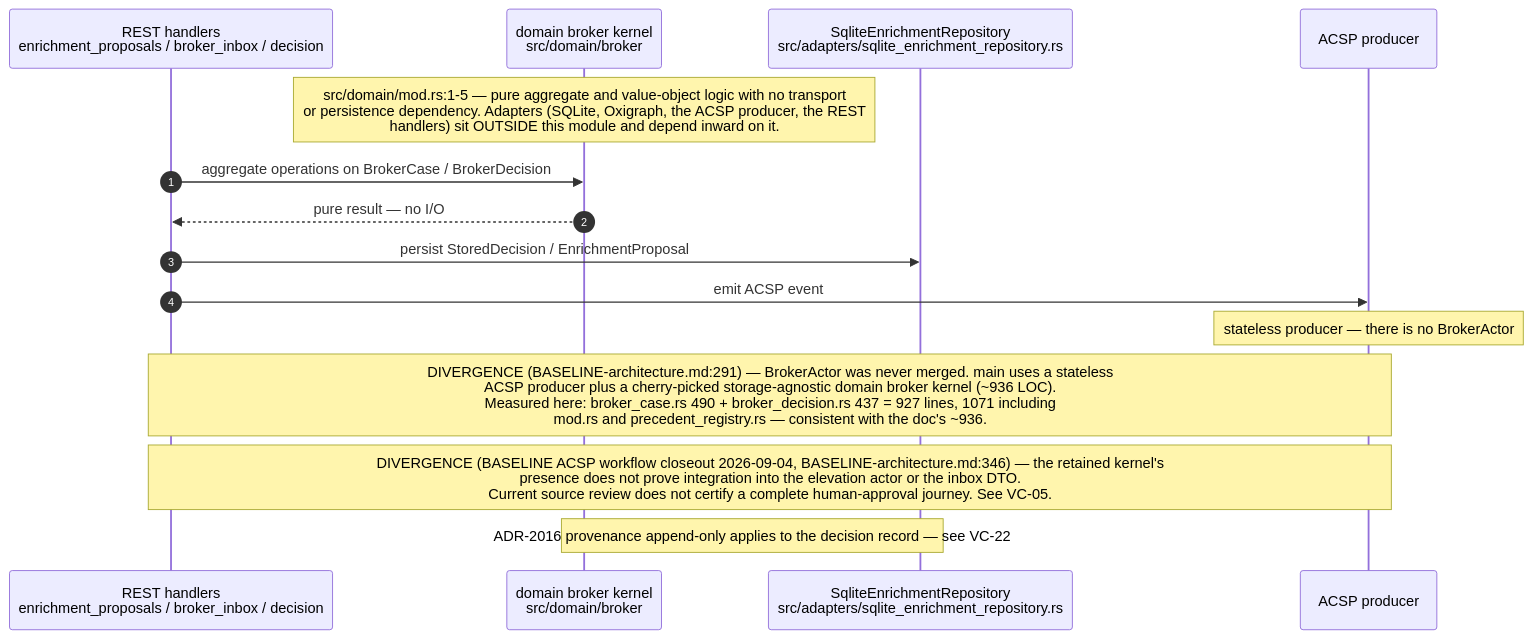
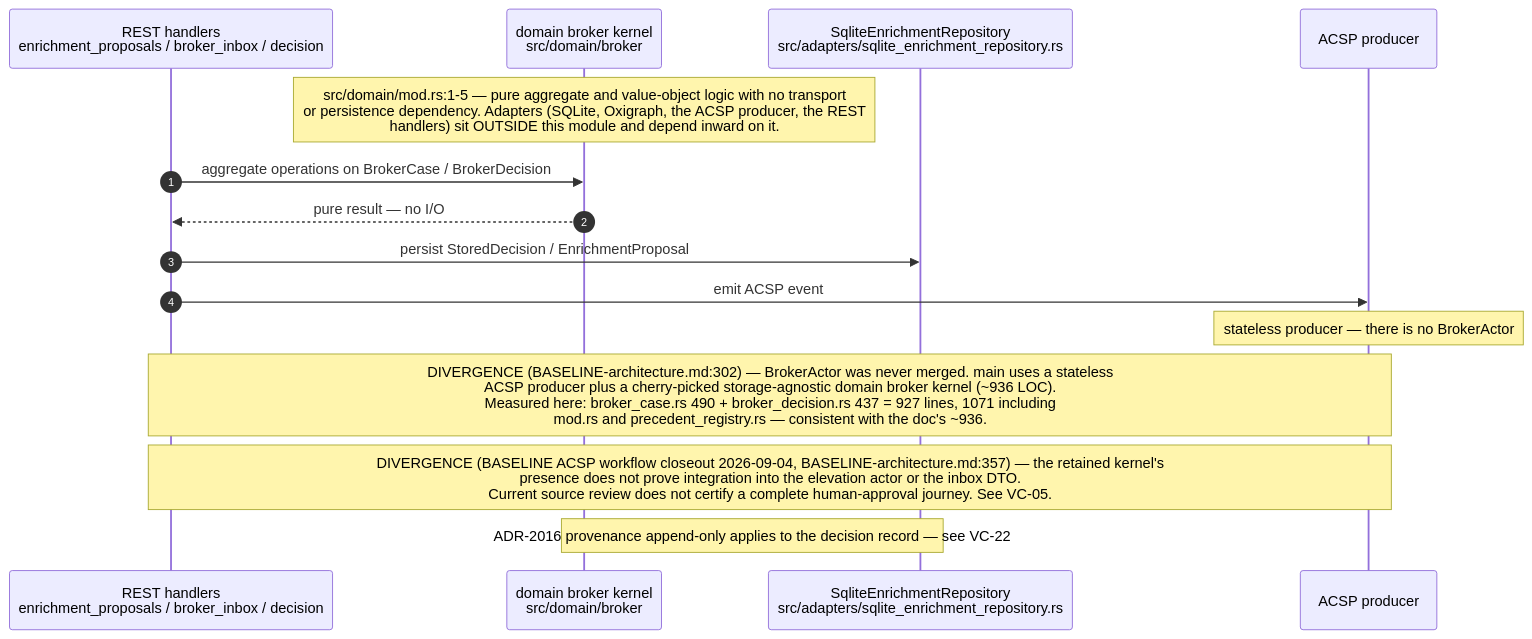
Before and after one commit to DreamLab-AI/VisionFlow: the seventh of 9 diagrams in docs/diagrams/visionclaw/07-hexagonal-ports-and-crates.md, drawn with Mermaid. The commit also changed other lines of this file and 145 other files, not shown here.

````diff
--- a/docs/diagrams/visionclaw/07-hexagonal-ports-and-crates.md
+++ b/docs/diagrams/visionclaw/07-hexagonal-ports-and-crates.md
@@ -318,18 +318,18 @@
 ```mermaid
 sequenceDiagram
     autonumber
     participant H as REST handlers<br/>enrichment_proposals / broker_inbox / decision
     participant K as domain broker kernel<br/>src/domain/broker
     participant AD as SqliteEnrichmentRepository<br/>src/adapters/sqlite_enrichment_repository.rs
     participant AC as ACSP producer
 
     Note over K: src/domain/mod.rs:1-5 — pure aggregate and value-object logic with no transport<br/>or persistence dependency. Adapters (SQLite, Oxigraph, the ACSP producer, the REST<br/>handlers) sit OUTSIDE this module and depend inward on it.
     H->>K: aggregate operations on BrokerCase / BrokerDecision
     K-->>H: pure result — no I/O
     H->>AD: persist StoredDecision / EnrichmentProposal
     H->>AC: emit ACSP event
     Note over AC: stateless producer — there is no BrokerActor
-    Note over H,AC: DIVERGENCE (BASELINE-architecture.md:291) — BrokerActor was never merged. main uses a stateless<br/>ACSP producer plus a cherry-picked storage-agnostic domain broker kernel (~936 LOC).<br/>Measured here: broker_case.rs 490 + broker_decision.rs 437 = 927 lines, 1071 including<br/>mod.rs and precedent_registry.rs — consistent with the doc's ~936.
-    Note over H,AC: DIVERGENCE (BASELINE ACSP workflow closeout 2026-09-04, BASELINE-architecture.md:346) — the retained kernel's<br/>presence does not prove integration into the elevation actor or the inbox DTO.<br/>Current source review does not certify a complete human-approval journey. See VC-05.
+    Note over H,AC: DIVERGENCE (BASELINE-architecture.md:302) — BrokerActor was never merged. main uses a stateless<br/>ACSP producer plus a cherry-picked storage-agnostic domain broker kernel (~936 LOC).<br/>Measured here: broker_case.rs 490 + broker_decision.rs 437 = 927 lines, 1071 including<br/>mod.rs and precedent_registry.rs — consistent with the doc's ~936.
+    Note over H,AC: DIVERGENCE (BASELINE ACSP workflow closeout 2026-09-04, BASELINE-architecture.md:357) — the retained kernel's<br/>presence does not prove integration into the elevation actor or the inbox DTO.<br/>Current source review does not certify a complete human-approval journey. See VC-05.
     Note over K,AD: ADR-2016 provenance append-only applies to the decision record — see VC-22
 ```
````
